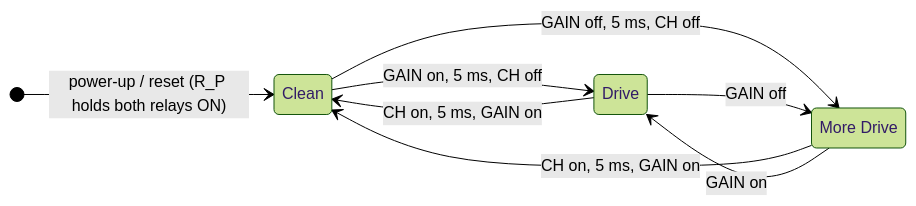
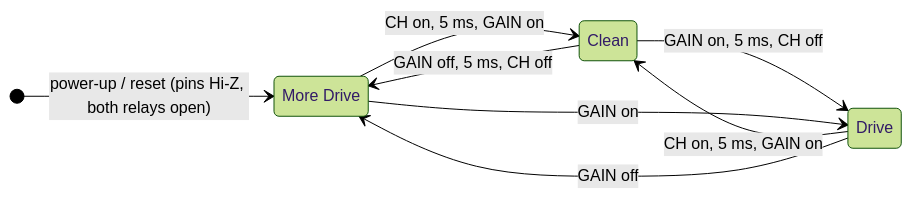
One commit to marc-bojarzin/fenderswitch changed the first of 2 diagrams in README.md. Above: the diagram before and after it, drawn with Mermaid (forest theme). The commit also changed other lines of this file and 13 other files, not shown here.

````diff
--- a/README.md
+++ b/README.md
@@ -203,12 +210,12 @@
 ```mermaid
 stateDiagram-v2
     direction LR
-    [*] --> Clean: power-up / reset (R_P holds both relays ON)
+    [*] --> MoreDrive: power-up / reset (pins Hi-Z, both relays open)
     Clean --> Drive: GAIN on, 5 ms, CH off
     Clean --> MoreDrive: GAIN off, 5 ms, CH off
     Drive --> Clean: CH on, 5 ms, GAIN on
     Drive --> MoreDrive: GAIN off
     MoreDrive --> Clean: CH on, 5 ms, GAIN on
     MoreDrive --> Drive: GAIN on
     MoreDrive: More Drive
 ```
````
